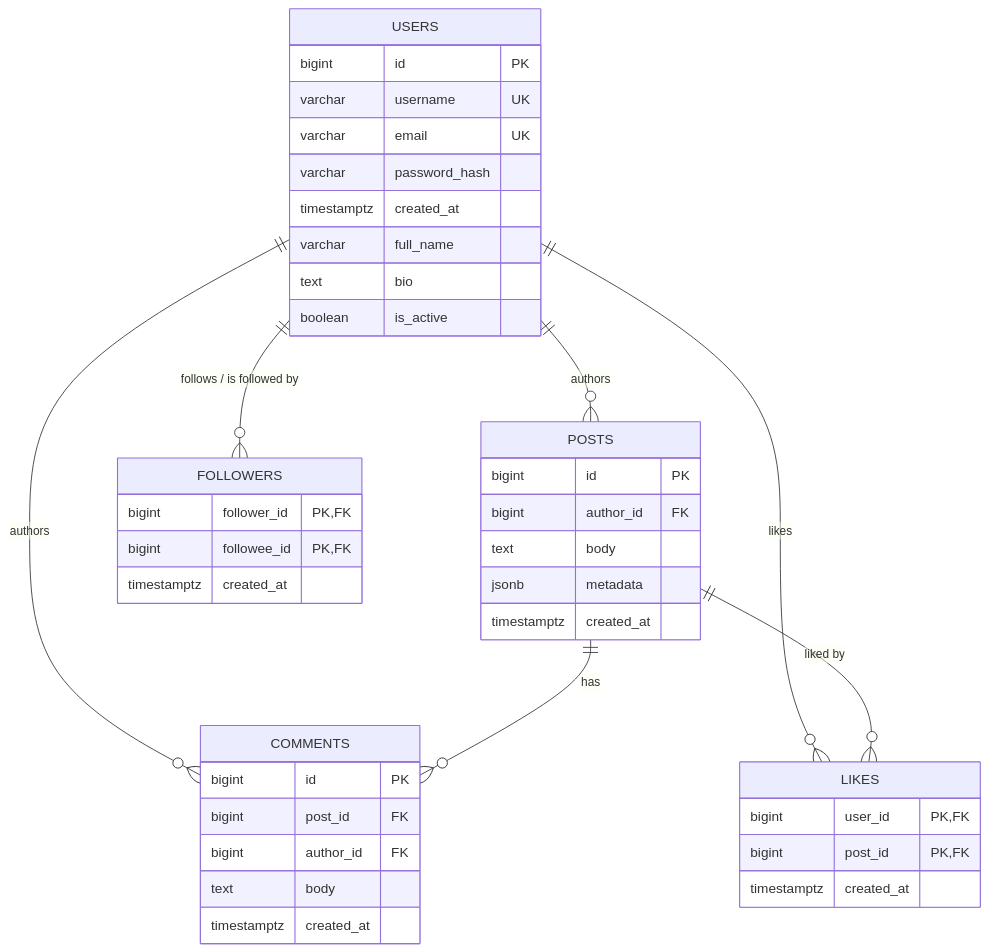
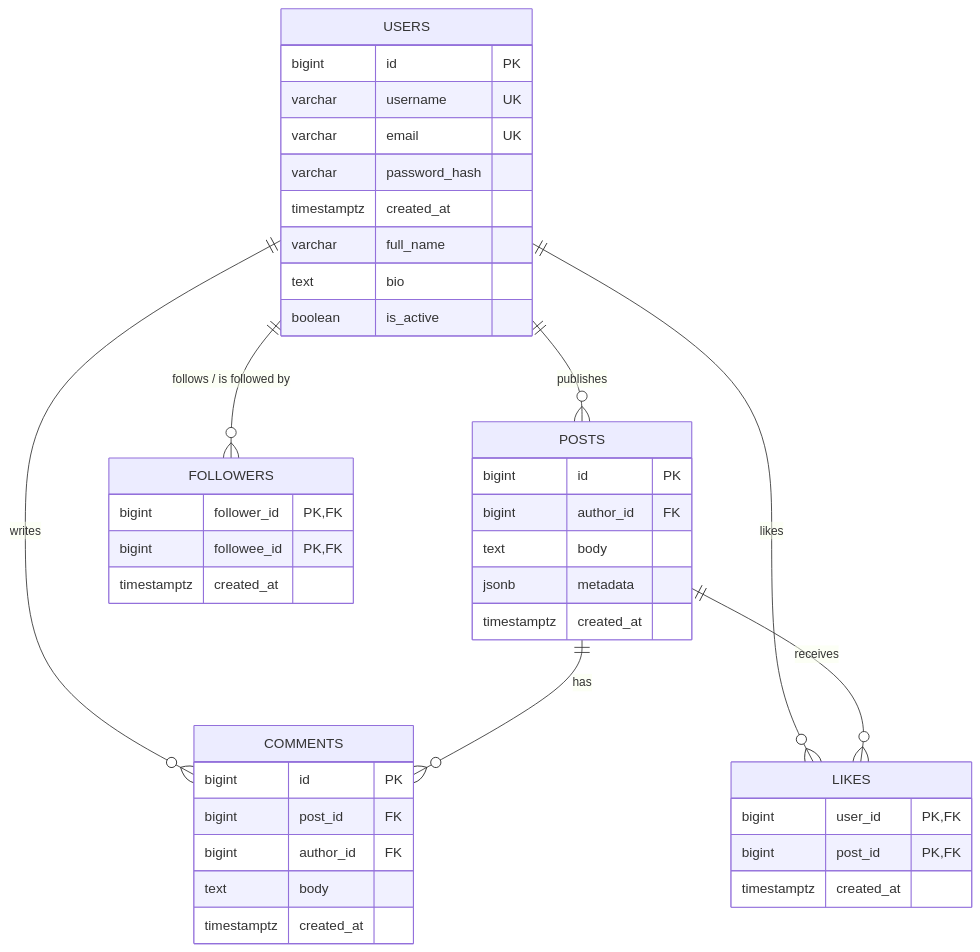
One commit to Ndaziramiyep/AmaliTech_Python_Backend_Labs changed the diagram in Database_Fundamentals/Social_Media_Lab/README.md. Above: the diagram before and after it, drawn with Mermaid. The commit also changed other lines of this file and 6 other files, not shown here.

````diff
--- a/Database_Fundamentals/Social_Media_Lab/README.md
+++ b/Database_Fundamentals/Social_Media_Lab/README.md
@@ -38,48 +37,48 @@
 ```mermaid
 erDiagram
-    USERS ||--o{ POSTS      : authors
-    USERS ||--o{ COMMENTS   : authors
+    USERS ||--o{ POSTS      : publishes
+    USERS ||--o{ COMMENTS   : writes
     POSTS ||--o{ COMMENTS   : has
     USERS ||--o{ FOLLOWERS  : "follows / is followed by"
     USERS ||--o{ LIKES      : likes
-    POSTS ||--o{ LIKES      : "liked by"
+    POSTS ||--o{ LIKES      : receives
 
     USERS {
         bigint      id             PK
         varchar     username       UK
         varchar     email          UK
         varchar     password_hash
         timestamptz created_at
         varchar     full_name
         text        bio
         boolean     is_active
     }
 
     POSTS {
         bigint      id           PK
         bigint      author_id    FK
         text        body
         jsonb       metadata
         timestamptz created_at
     }
 
     COMMENTS {
         bigint      id           PK
         bigint      post_id      FK
         bigint      author_id    FK
         text        body
         timestamptz created_at
     }
 
     FOLLOWERS {
         bigint      follower_id  PK,FK
         bigint      followee_id  PK,FK
         timestamptz created_at
     }
 
     LIKES {
         bigint      user_id      PK,FK
         bigint      post_id      PK,FK
         timestamptz created_at
     }
 ```
````
